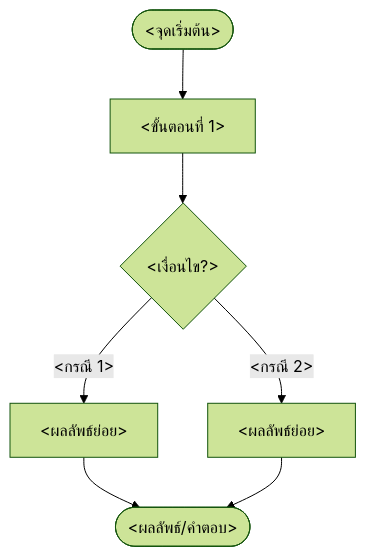
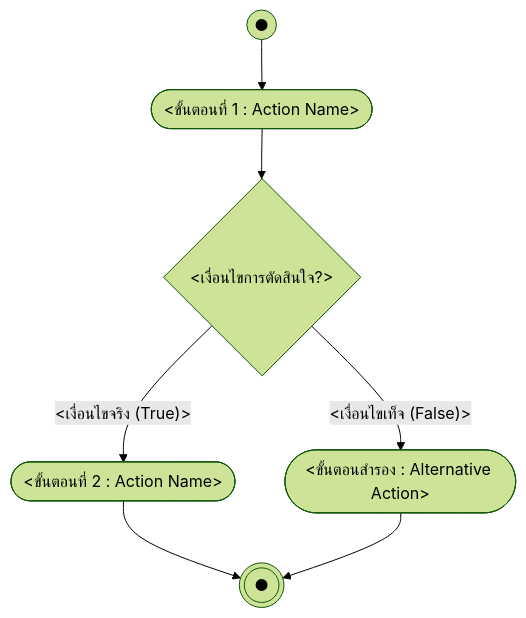
The diagram in 00_Templates/Lecture-Note-Template.md (PhuriphatTyPeZ3r0/Course-1323404-Natural-Language-Processing-2026), drawn with Mermaid (forest theme) before and after one commit. The commit also changed other lines of this file and 14 other files, not shown here.

Commit message:
refactor: standardize diagrams to UML specifications across notes and templates

````diff
--- a/00_Templates/Lecture-Note-Template.md
+++ b/00_Templates/Lecture-Note-Template.md
@@ -31,9 +36,9 @@
 ```mermaid
 flowchart TD
-    Start(["<จุดเริ่มต้น>"]) --> Step1["<ขั้นตอนที่ 1>"]
-    Step1 --> Check{"<เงื่อนไข?>"}
-    Check -->|"<กรณี 1>"| Path1["<ผลลัพธ์ย่อย>"]
-    Check -->|"<กรณี 2>"| Path2["<ผลลัพธ์ย่อย>"]
-    Path1 --> Done(["<ผลลัพธ์/คำตอบ>"])
-    Path2 --> Done
+    Start((●)) --> Step1(["<ขั้นตอนที่ 1 : Action Name>"])
+    Step1 --> Check{"<เงื่อนไขการตัดสินใจ?>"}
+    Check -->|"<เงื่อนไขจริง (True)>"| Step2(["<ขั้นตอนที่ 2 : Action Name>"])
+    Check -->|"<เงื่อนไขเท็จ (False)>"| StepAlt(["<ขั้นตอนสำรอง : Alternative Action>"])
+    Step2 --> EndNode(((●)))
+    StepAlt --> EndNode
 ```
````
